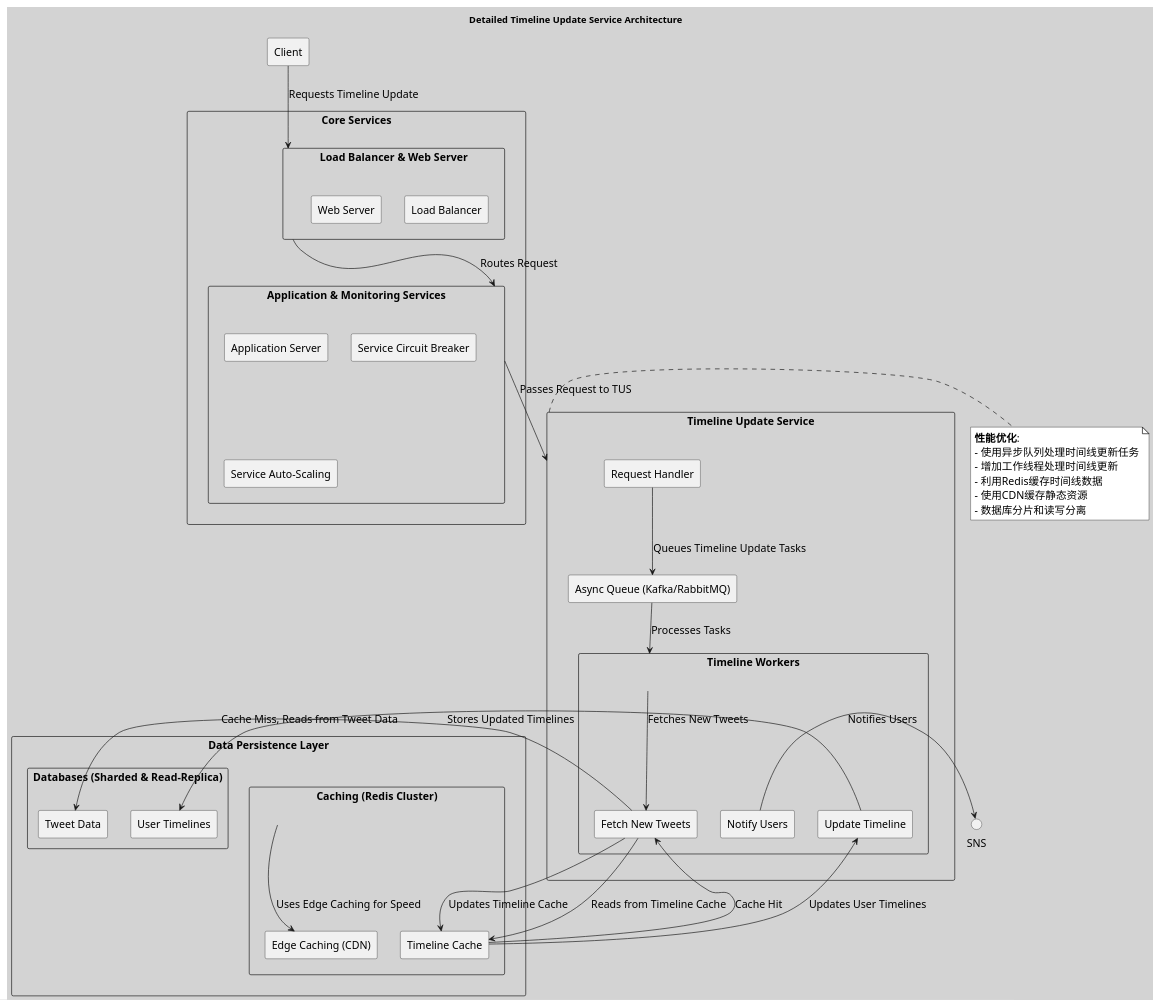
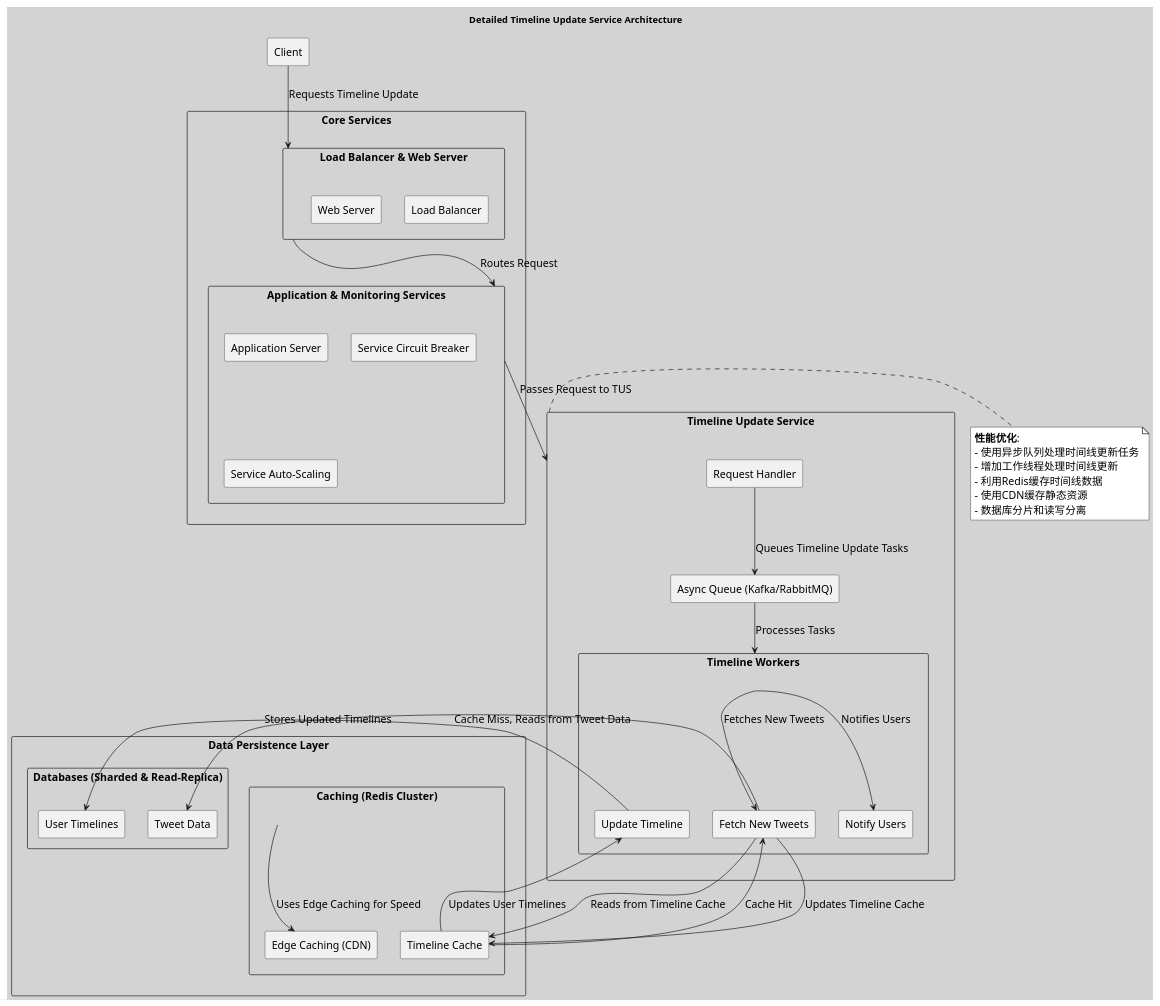
Before and after one commit to huangyingw/system_design: the diagram in timeline_update_service_detailed_architecture.puml, drawn with PlantUML.

```diff
--- a/timeline_update_service_detailed_architecture.puml
+++ b/timeline_update_service_detailed_architecture.puml
@@ -1,74 +1,75 @@
 @startuml
 
 skinparam backgroundColor #D3D3D3
 skinparam defaultFontName "Arial"
 skinparam defaultFontSize 16
 skinparam note {
   BackgroundColor #FFFFFF
   BorderColor #000000
   FontSize 16
   FontName "Arial"
 }
 
 title Detailed Timeline Update Service Architecture
 
 rectangle "Client" as Client
 
 rectangle "Core Services" as Core {
     rectangle "Load Balancer & Web Server" as LBWS {
         rectangle "Load Balancer" as LB
         rectangle "Web Server" as WS
     }
     rectangle "Application & Monitoring Services" as AMS {
         rectangle "Application Server" as AS
         rectangle "Service Circuit Breaker" as SCB
         rectangle "Service Auto-Scaling" as SAS
     }
 }
 
 rectangle "Timeline Update Service" as TUS {
     rectangle "Request Handler" as RH
     rectangle "Async Queue (Kafka/RabbitMQ)" as AQ
     rectangle "Timeline Workers" as TW {
         rectangle "Fetch New Tweets" as FNT
         rectangle "Update Timeline" as UT
         rectangle "Notify Users" as NU
     }
 }
 
 rectangle "Data Persistence Layer" as DPS {
     rectangle "Caching (Redis Cluster)" as Cache {
         rectangle "Timeline Cache" as TC
         rectangle "Edge Caching (CDN)" as EC
     }
     rectangle "Databases (Sharded & Read-Replica)" as DB {
         rectangle "User Timelines" as UTDB
         rectangle "Tweet Data" as TD
     }
 }
 
 Client -down-> LBWS : Requests Timeline Update
 LBWS -down-> AMS : Routes Request
 AMS -down-> TUS : Passes Request to TUS
 RH -down-> AQ : Queues Timeline Update Tasks
 AQ -down-> TW : Processes Tasks
+
 TW -down-> FNT : Fetches New Tweets
 FNT -down-> TC : Reads from Timeline Cache
-TC -down-> FNT : Cache Hit
+TC -right-> FNT : Cache Hit
 FNT -down-> TD : Cache Miss, Reads from Tweet Data
 FNT -right-> TC : Updates Timeline Cache
 TC -down-> UT : Updates User Timelines
 UT -down-> UTDB : Stores Updated Timelines
-NU -right-> SNS : Notifies Users
+TW -down-> NU : Notifies Users
 Cache -down-> EC : Uses Edge Caching for Speed
 
 note right of TUS
   **性能优化**:
   - 使用异步队列处理时间线更新任务
   - 增加工作线程处理时间线更新
   - 利用Redis缓存时间线数据
   - 使用CDN缓存静态资源
   - 数据库分片和读写分离
 end note
 
 @enduml
```
